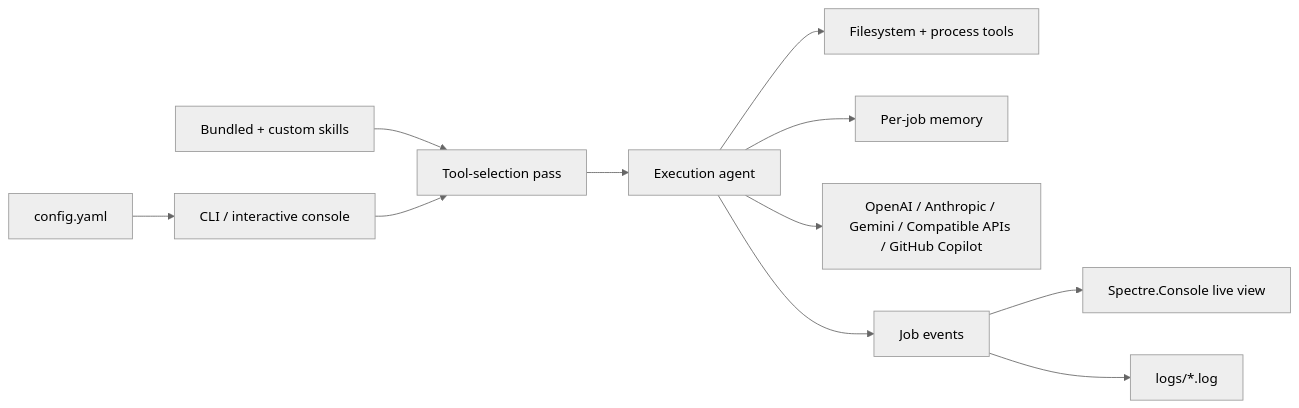
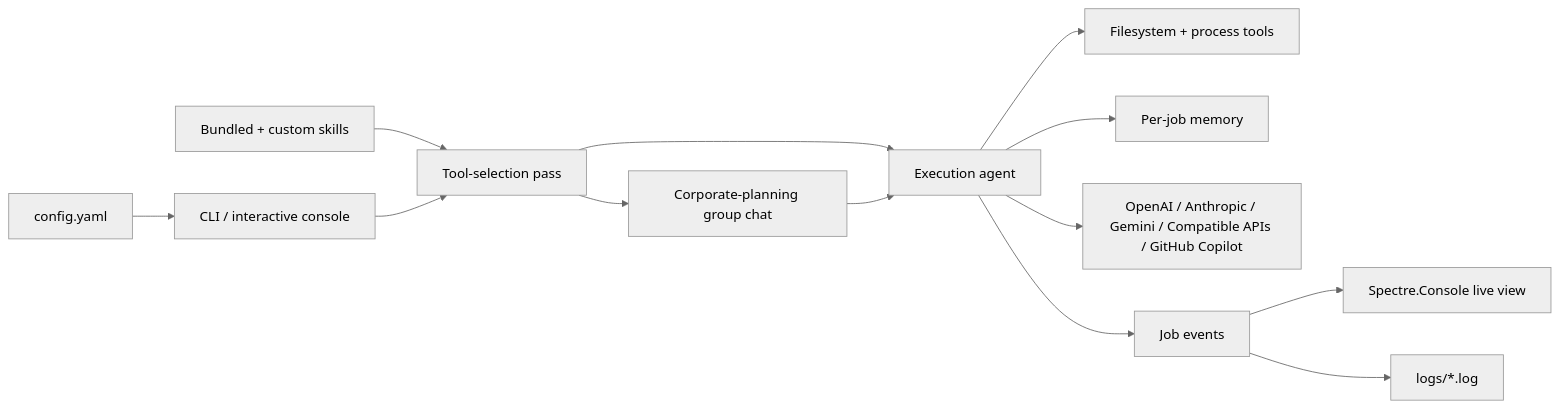
The diagram in README.md (jihadkhawaja/OneShotPrompt), drawn with Mermaid (neutral theme) before and after one commit. The commit also changed other lines of this file and 28 other files, not shown here.

First line of the commit message:
feat: Implement Corporate Planning Job Agent and OpenAI Compatible Chat Client

````diff
--- a/README.md
+++ b/README.md
@@ -31,13 +32,15 @@
 ```mermaid
 flowchart LR
   Config["config.yaml"] --> Console["CLI / interactive console"]
   Skills["Bundled + custom skills"] --> Selector["Tool-selection pass"]
   Console --> Selector
+  Selector --> Planning["Corporate-planning group chat"]
   Selector --> Agent["Execution agent"]
+  Planning --> Agent
   Agent --> Tools["Filesystem + process tools"]
   Agent --> Memory["Per-job memory"]
   Agent --> Providers["OpenAI / Anthropic / Gemini / Compatible APIs / GitHub Copilot"]
   Agent --> Events["Job events"]
   Events --> Terminal["Spectre.Console live view"]
   Events --> Logs["logs/*.log"]
 ```
````
